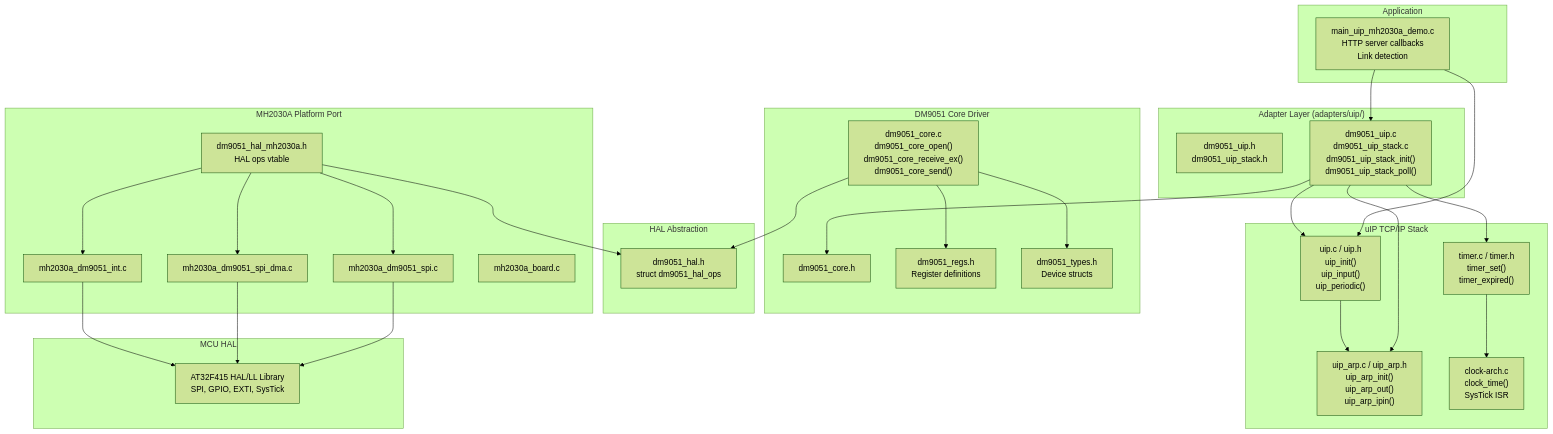
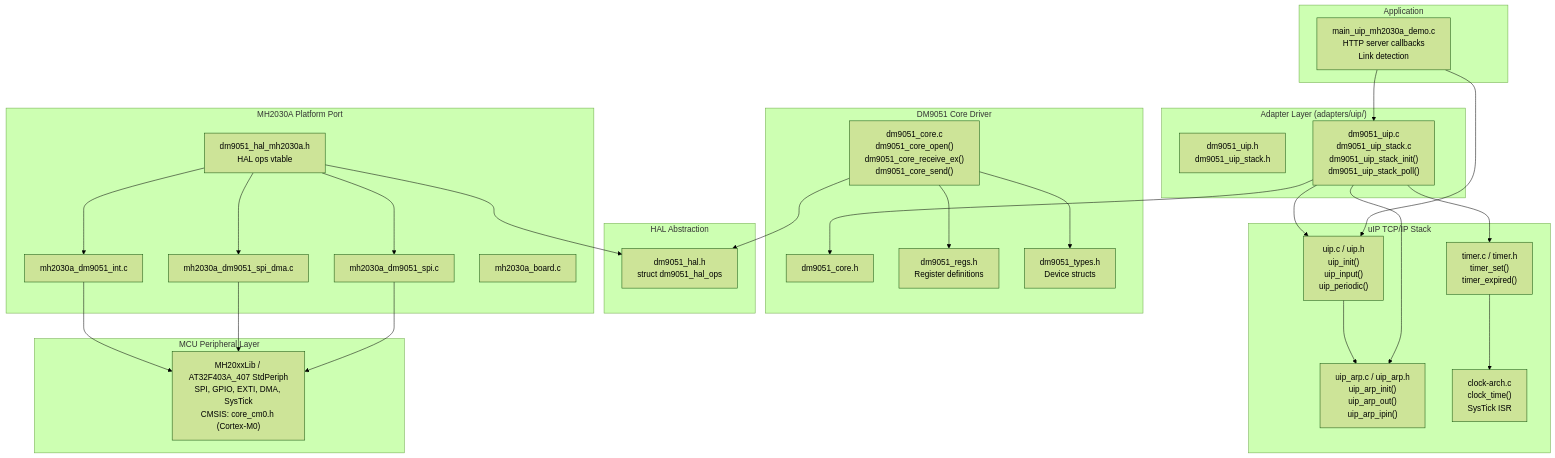
One commit to yicheng55/mh2030_demo changed the first of 4 diagrams in docs/dm9051_uip_adapter_analysis.md. Above: the diagram before and after it, drawn with Mermaid (forest theme). The commit also changed other lines of this file, not shown here.

Commit message:
Update DM9051 uIP Adapter documentation for MCU details and directory structure

````diff
--- a/docs/dm9051_uip_adapter_analysis.md
+++ b/docs/dm9051_uip_adapter_analysis.md
@@ -966,61 +1053,61 @@
 ```mermaid
 graph TB
     subgraph "Application"
         APP["main_uip_mh2030a_demo.c<br/>HTTP server callbacks<br/>Link detection"]
     end
 
     subgraph "uIP TCP/IP Stack"
         UIP["uip.c / uip.h<br/>uip_init()<br/>uip_input()<br/>uip_periodic()"]
         ARP["uip_arp.c / uip_arp.h<br/>uip_arp_init()<br/>uip_arp_out()<br/>uip_arp_ipin()"]
         TIMER["timer.c / timer.h<br/>timer_set()<br/>timer_expired()"]
         CLOCK["clock-arch.c<br/>clock_time()<br/>SysTick ISR"]
     end
 
     subgraph "Adapter Layer (adapters/uip/)"
         AH["dm9051_uip.h<br/>dm9051_uip_stack.h"]
         AC["dm9051_uip.c<br/>dm9051_uip_stack.c<br/>dm9051_uip_stack_init()<br/>dm9051_uip_stack_poll()"]
     end
 
     subgraph "DM9051 Core Driver"
         CORE_H["dm9051_core.h"]
         CORE_C["dm9051_core.c<br/>dm9051_core_open()<br/>dm9051_core_receive_ex()<br/>dm9051_core_send()"]
         REGS["dm9051_regs.h<br/>Register definitions"]
         TYPES["dm9051_types.h<br/>Device structs"]
     end
 
     subgraph "HAL Abstraction"
         HAL_H["dm9051_hal.h<br/>struct dm9051_hal_ops"]
     end
 
     subgraph "MH2030A Platform Port"
         SPI_POLL["mh2030a_dm9051_spi.c"]
         SPI_DMA["mh2030a_dm9051_spi_dma.c"]
         INT_C["mh2030a_dm9051_int.c"]
         HAL_BIND["dm9051_hal_mh2030a.h<br/>HAL ops vtable"]
         BOARD["mh2030a_board.c"]
     end
 
-    subgraph "MCU HAL"
-        AT32["AT32F415 HAL/LL Library<br/>SPI, GPIO, EXTI, SysTick"]
+    subgraph "MCU Peripheral Layer"
+        MCU_LIB["MH20xxLib / AT32F403A_407 StdPeriph<br/>SPI, GPIO, EXTI, DMA, SysTick<br/>CMSIS: core_cm0.h (Cortex-M0)"]
     end
 
     APP --> AC
     APP --> UIP
     AC --> UIP
     AC --> ARP
     AC --> TIMER
     AC --> CORE_H
     TIMER --> CLOCK
     UIP --> ARP
 
     CORE_C --> HAL_H
     CORE_C --> REGS
     CORE_C --> TYPES
     HAL_BIND --> HAL_H
-    SPI_POLL --> AT32
-    SPI_DMA --> AT32
-    INT_C --> AT32
+    SPI_POLL --> MCU_LIB
+    SPI_DMA --> MCU_LIB
+    INT_C --> MCU_LIB
     HAL_BIND --> SPI_POLL
     HAL_BIND --> SPI_DMA
     HAL_BIND --> INT_C
 ```
````
